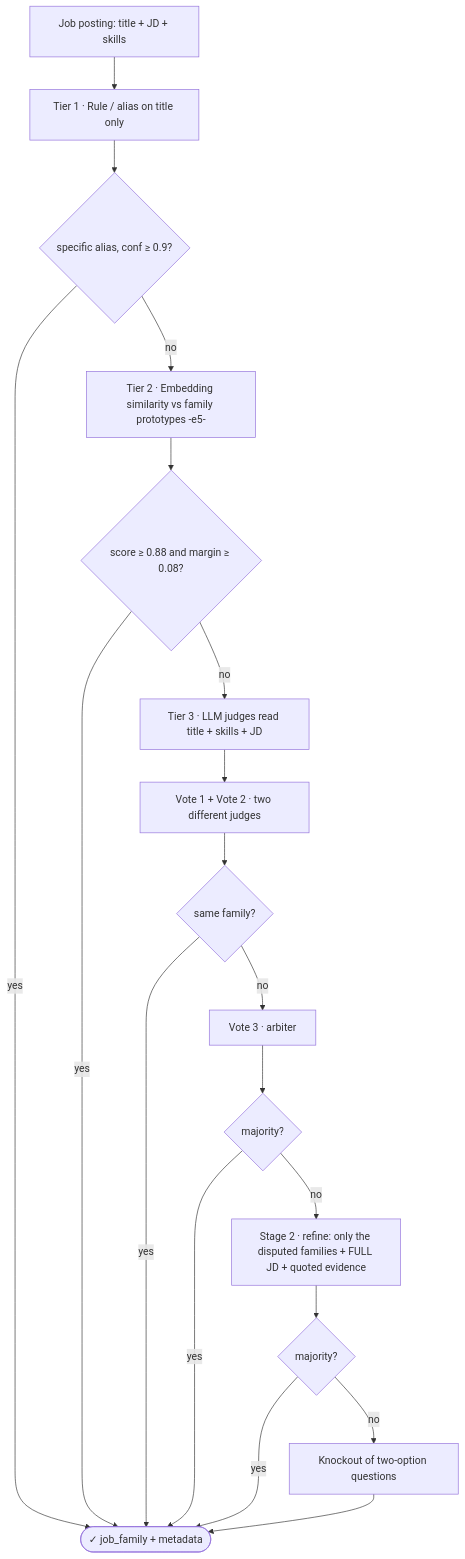
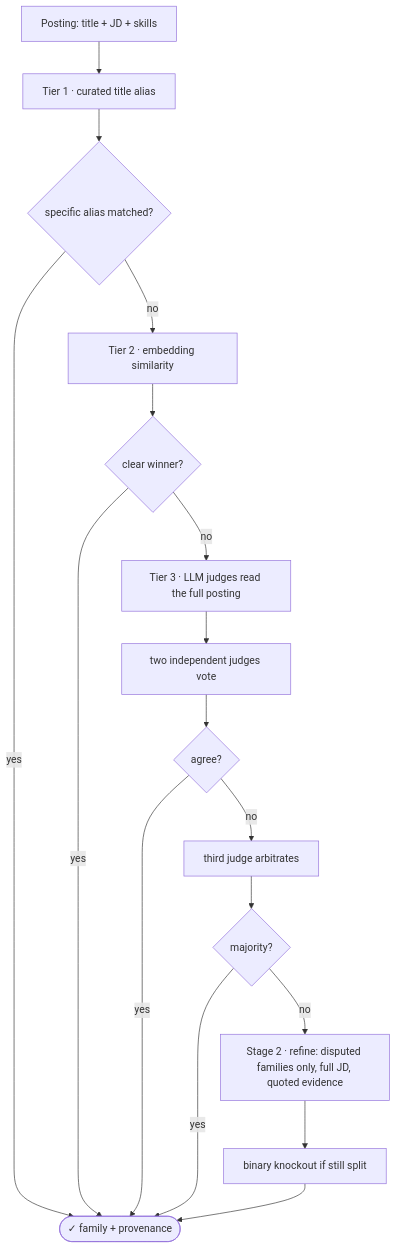
One commit to BhunZ/Vietnam-Data-Job-Market-Analysis changed the second of 2 diagrams in README.md. Above: the diagram before and after it, drawn with Mermaid. The commit also changed other lines of this file, not shown here.

````diff
--- a/README.md
+++ b/README.md
@@ -45,21 +63,19 @@
 ```mermaid
 flowchart TD
-    T[Job posting: title + JD + skills] --> R[Tier 1 · Rule / alias on title only]
-    R --> RC{specific alias, conf ≥ 0.9?}
-    RC -- yes --> DONE([✓ job_family + metadata])
-    RC -- no --> E[Tier 2 · Embedding similarity vs family prototypes -e5-]
-    E --> EC{score ≥ 0.88 and margin ≥ 0.08?}
+    T[Posting: title + JD + skills] --> R[Tier 1 · curated title alias]
+    R --> RC{specific alias matched?}
+    RC -- yes --> DONE([✓ family + provenance])
+    RC -- no --> E[Tier 2 · embedding similarity]
+    E --> EC{clear winner?}
     EC -- yes --> DONE
-    EC -- no --> L[Tier 3 · LLM judges read title + skills + JD]
-    L --> V1[Vote 1 + Vote 2 · two different judges]
-    V1 --> AG{same family?}
+    EC -- no --> L[Tier 3 · LLM judges read the full posting]
+    L --> V1[two independent judges vote]
+    V1 --> AG{agree?}
     AG -- yes --> DONE
-    AG -- no --> V3[Vote 3 · arbiter]
+    AG -- no --> V3[third judge arbitrates]
     V3 --> MAJ{majority?}
     MAJ -- yes --> DONE
-    MAJ -- no --> RF[Stage 2 · refine: only the disputed families + FULL JD + quoted evidence]
-    RF --> RM{majority?}
-    RM -- yes --> DONE
-    RM -- no --> KO[Knockout of two-option questions]
+    MAJ -- no --> RF[Stage 2 · refine: disputed families only, full JD, quoted evidence]
+    RF --> KO[binary knockout if still split]
     KO --> DONE
 ```
````
